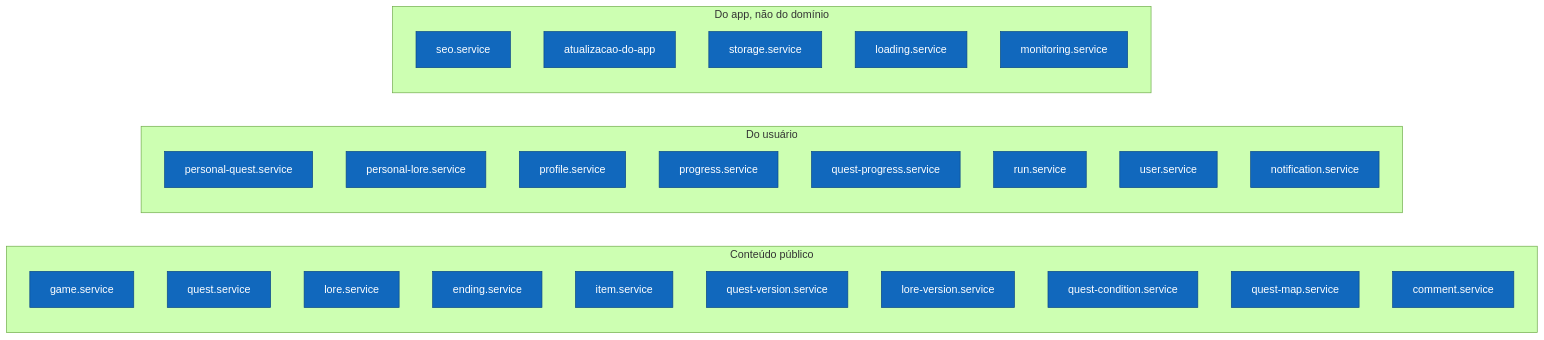
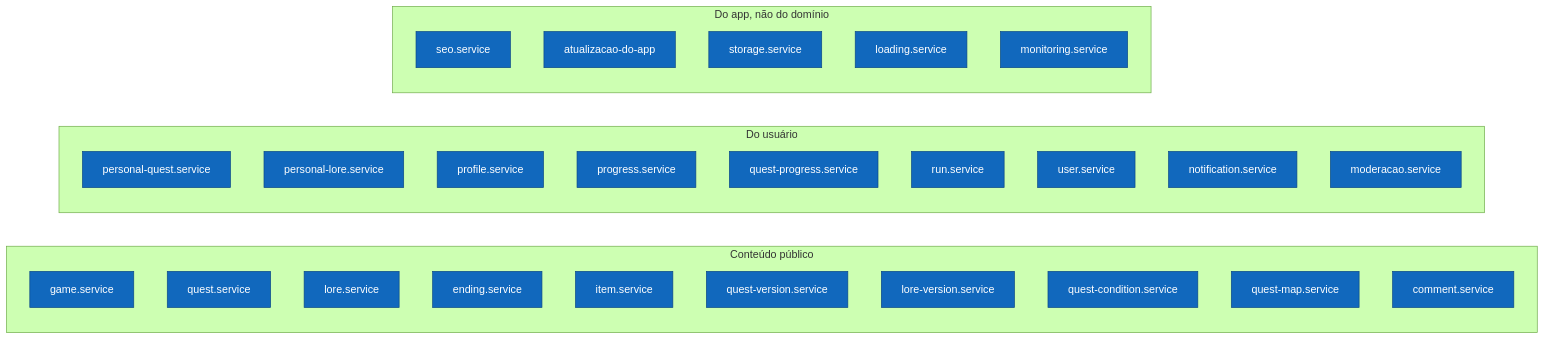
Before and after one commit to xcorpiiion/souls-guide-front: the second of 3 diagrams in docs/arquitetura/c4-3-componentes-front.md, drawn with Mermaid (forest theme). The commit also changed 22 other files, not shown here.

````diff
--- a/docs/arquitetura/c4-3-componentes-front.md
+++ b/docs/arquitetura/c4-3-componentes-front.md
@@ -68,37 +68,38 @@
 ```mermaid
 flowchart LR
     subgraph conteudo ["Conteúdo público"]
         game["game.service"]
         quest["quest.service"]
         lore["lore.service"]
         ending["ending.service"]
         item["item.service"]
         questVersion["quest-version.service"]
         loreVersion["lore-version.service"]
         questCondition["quest-condition.service"]
         questMap["quest-map.service"]
         comment["comment.service"]
     end
 
     subgraph pessoal ["Do usuário"]
         personalQuest["personal-quest.service"]
         personalLore["personal-lore.service"]
         profile["profile.service"]
         progress["progress.service"]
         questProgress["quest-progress.service"]
         run["run.service"]
         user["user.service"]
         notification["notification.service"]
+        moderacao["moderacao.service"]
     end
 
     subgraph infra ["Do app, não do domínio"]
         seo["seo.service"]
         atualizacao["atualizacao-do-app"]
         storage["storage.service"]
         loading["loading.service"]
         monitoring["monitoring.service"]
     end
 
     classDef s fill:#1168bd,stroke:#0b4884,color:#fff
-    class game,quest,lore,ending,item,questVersion,loreVersion,questCondition,questMap,comment,personalQuest,personalLore,profile,progress,questProgress,run,user,notification,seo,atualizacao,storage,loading,monitoring s
+    class game,quest,lore,ending,item,questVersion,loreVersion,questCondition,questMap,comment,personalQuest,personalLore,profile,progress,questProgress,run,user,notification,moderacao,seo,atualizacao,storage,loading,monitoring s
 ```
````
